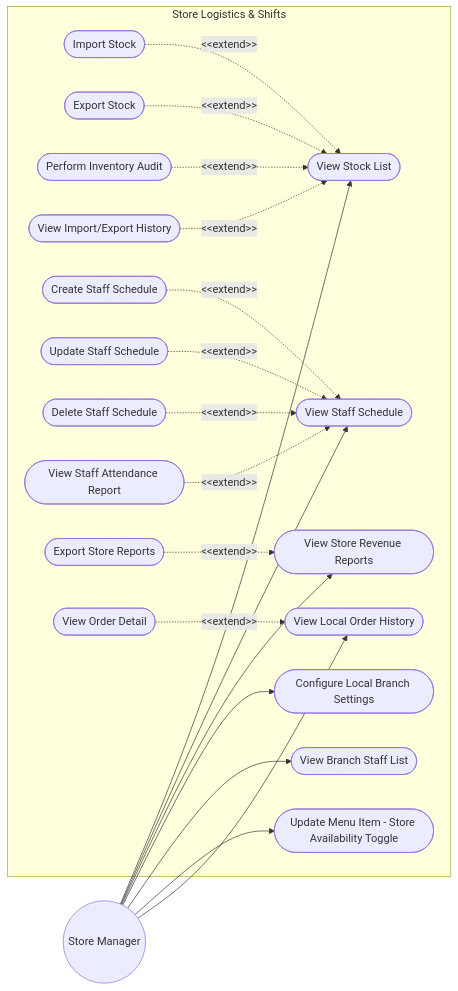
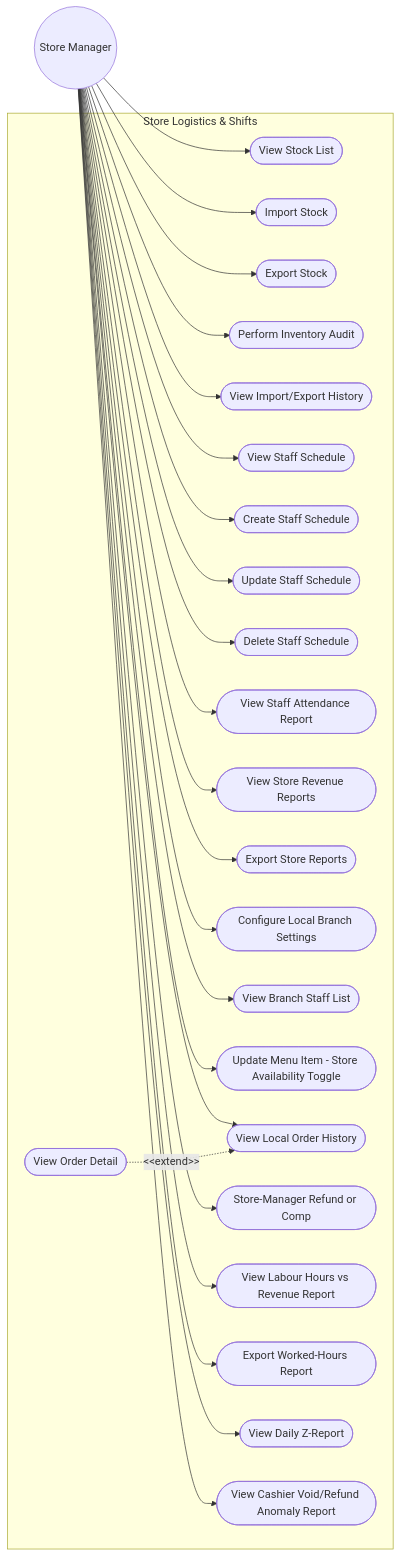
Before and after one commit to Shaichi/Khoga_coffe_shop: the sixth of 8 diagrams in sections/02_user_requirements.md, drawn with Mermaid. The commit also changed other lines of this file and 10 other files, not shown here.

````diff
--- a/sections/02_user_requirements.md
+++ b/sections/02_user_requirements.md
@@ -220,57 +229,64 @@
 ```mermaid
 graph LR
     %% Actors
     Actor_Manager((Store Manager))
 
     %% Use Cases
     subgraph Store Logistics & Shifts
         UC_ListStock([View Stock List])
         UC_ImportStock([Import Stock])
         UC_ExportStock([Export Stock])
         UC_AuditStock([Perform Inventory Audit])
         UC_ViewHistory([View Import/Export History])
 
         UC_ViewSchedule([View Staff Schedule])
         UC_CreateSchedule([Create Staff Schedule])
         UC_UpdateSchedule([Update Staff Schedule])
         UC_DeleteSchedule([Delete Staff Schedule])
         UC_ViewAttendance([View Staff Attendance Report])
 
         UC_ViewRevStore([View Store Revenue Reports])
         UC_ExportStoreRev([Export Store Reports])
         
         UC_ConfigBranch([Configure Local Branch Settings])
         UC_ViewStaffList([View Branch Staff List])
         UC_UpdateMenu([Update Menu Item - Store Availability Toggle])
 
         UC_ViewLocalHistory([View Local Order History])
         UC_ViewOrderDetail([View Order Detail])
+        UC_RefundComp([Store-Manager Refund or Comp])
+        UC_ViewLabourHrsRev([View Labour Hours vs Revenue Report])
+        UC_ExportWorkedHours([Export Worked-Hours Report])
+        UC_ViewZReport([View Daily Z-Report])
+        UC_ViewAnomaly([View Cashier Void/Refund Anomaly Report])
     end
 
     %% Connections
     Actor_Manager --> UC_ListStock
+    Actor_Manager --> UC_ImportStock
+    Actor_Manager --> UC_ExportStock
+    Actor_Manager --> UC_AuditStock
+    Actor_Manager --> UC_ViewHistory
+
     Actor_Manager --> UC_ViewSchedule
+    Actor_Manager --> UC_CreateSchedule
+    Actor_Manager --> UC_UpdateSchedule
+    Actor_Manager --> UC_DeleteSchedule
+    Actor_Manager --> UC_ViewAttendance
+
     Actor_Manager --> UC_ViewRevStore
+    Actor_Manager --> UC_ExportStoreRev
+
     Actor_Manager --> UC_ConfigBranch
     Actor_Manager --> UC_ViewStaffList
     Actor_Manager --> UC_UpdateMenu
     Actor_Manager --> UC_ViewLocalHistory
+    Actor_Manager --> UC_RefundComp
+    Actor_Manager --> UC_ViewLabourHrsRev
+    Actor_Manager --> UC_ExportWorkedHours
+    Actor_Manager --> UC_ViewZReport
+    Actor_Manager --> UC_ViewAnomaly
 
-    %% Stock extends
-    UC_ImportStock -.-> |"&lt;&lt;extend&gt;&gt;"| UC_ListStock
-    UC_ExportStock -.-> |"&lt;&lt;extend&gt;&gt;"| UC_ListStock
-    UC_AuditStock -.-> |"&lt;&lt;extend&gt;&gt;"| UC_ListStock
-    UC_ViewHistory -.-> |"&lt;&lt;extend&gt;&gt;"| UC_ListStock
-
-    %% Schedule extends
-    UC_CreateSchedule -.-> |"&lt;&lt;extend&gt;&gt;"| UC_ViewSchedule
-    UC_UpdateSchedule -.-> |"&lt;&lt;extend&gt;&gt;"| UC_ViewSchedule
-    UC_DeleteSchedule -.-> |"&lt;&lt;extend&gt;&gt;"| UC_ViewSchedule
-    UC_ViewAttendance -.-> |"&lt;&lt;extend&gt;&gt;"| UC_ViewSchedule
-
-    %% Revenue extends
-    UC_ExportStoreRev -.-> |"&lt;&lt;extend&gt;&gt;"| UC_ViewRevStore
-
-    %% Order detail extends
+    %% Extends
     UC_ViewOrderDetail -.-> |"&lt;&lt;extend&gt;&gt;"| UC_ViewLocalHistory
 ```
````
